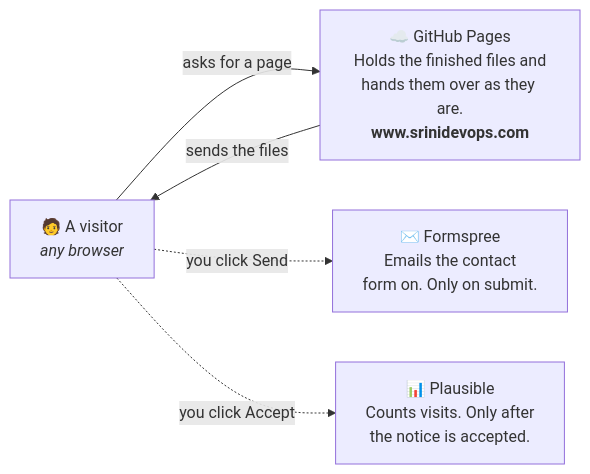
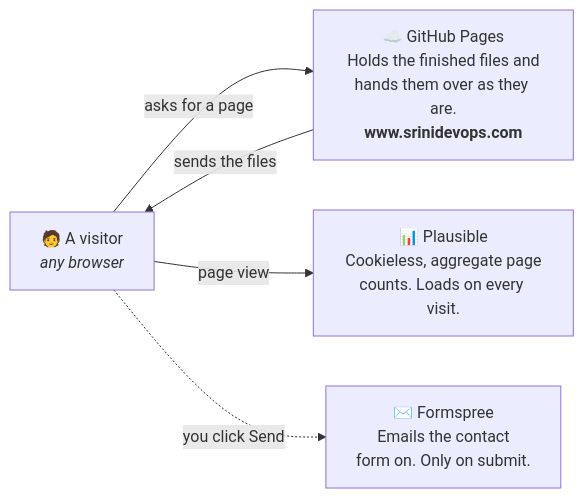
The third of 11 diagrams in README.md (Srinivasan-78/srinivasan-78.github.io), drawn with Mermaid before and after one commit. The commit also changed other lines of this file and 8 other files, not shown here.

````diff
--- a/README.md
+++ b/README.md
@@ -91,12 +91,12 @@
 ```mermaid
 flowchart LR
     V["🧑 A visitor<br/><i>any browser</i>"]
     GH["☁️ GitHub Pages<br/>Holds the finished files and<br/>hands them over as they are.<br/><b>www.srinidevops.com</b>"]
+    PL["📊 Plausible<br/>Cookieless, aggregate page<br/>counts. Loads on every visit."]
     FS["✉️ Formspree<br/>Emails the contact<br/>form on. Only on submit."]
-    PL["📊 Plausible<br/>Counts visits. Only after<br/>the notice is accepted."]
 
     V -->|"asks for a page"| GH
     GH -->|"sends the files"| V
+    V -->|"page view"| PL
     V -.->|"you click Send"| FS
-    V -.->|"you click Accept"| PL
 ```
````
